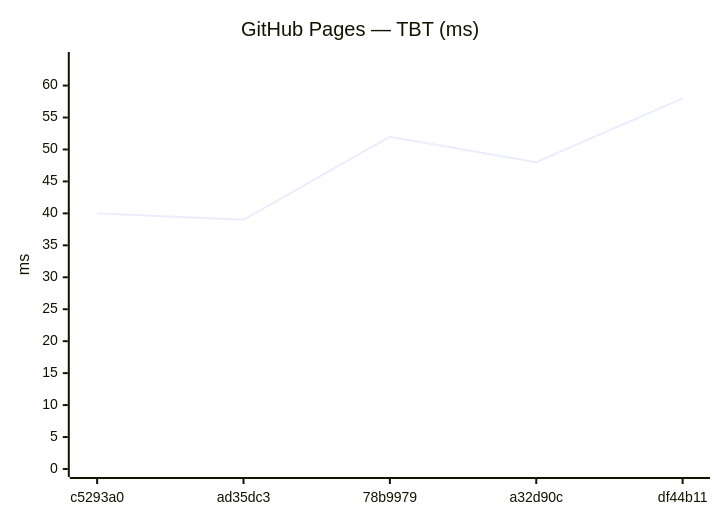
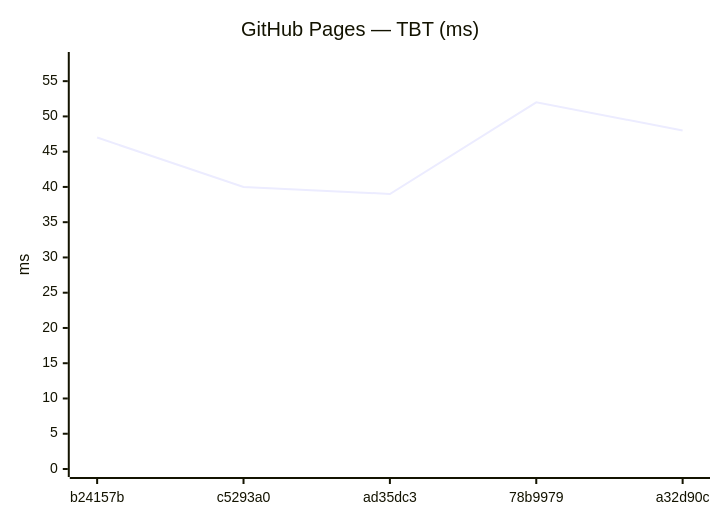
One commit to Metaheurist/Rianell changed diagram 12 of 24 in benchmarks/compare.md. Above: the diagram before and after it, drawn with Mermaid. The commit also changed other lines of this file and 14 other files, not shown here.

````diff
--- a/benchmarks/compare.md
+++ b/benchmarks/compare.md
@@ -176,7 +176,7 @@
 ```mermaid
 xychart-beta
     title "GitHub Pages — TBT (ms)"
-    x-axis ["c5293a0", "ad35dc3", "78b9979", "a32d90c", "df44b11"]
-    y-axis "ms" 0 --> 64
-    line [40, 39, 52, 48, 58]
+    x-axis ["b24157b", "c5293a0", "ad35dc3", "78b9979", "a32d90c"]
+    y-axis "ms" 0 --> 58
+    line [47, 40, 39, 52, 48]
 ```
````
